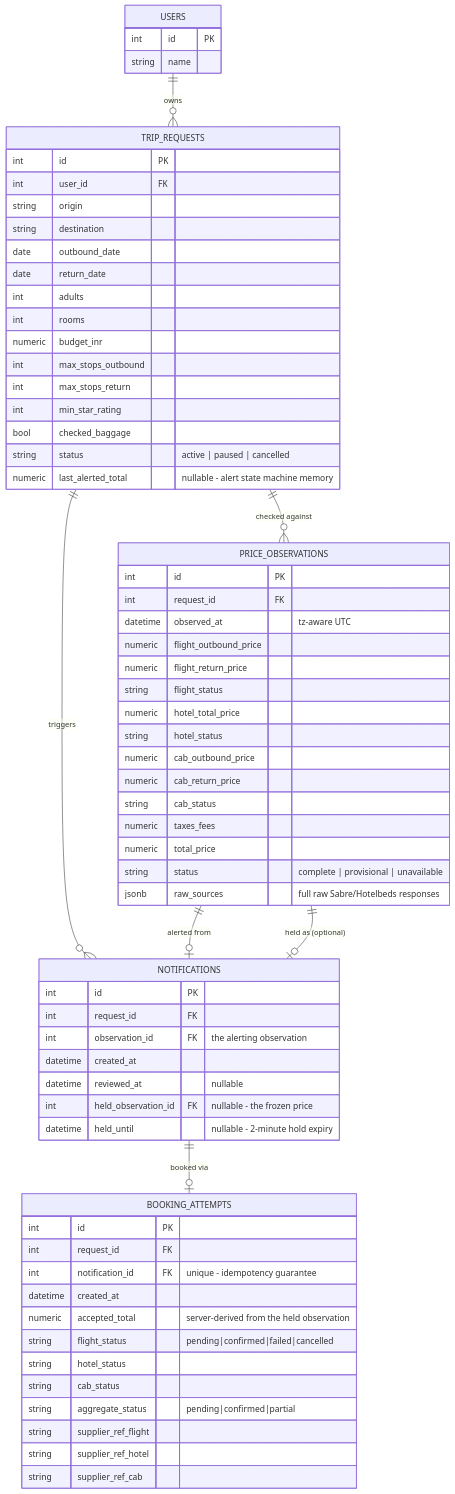
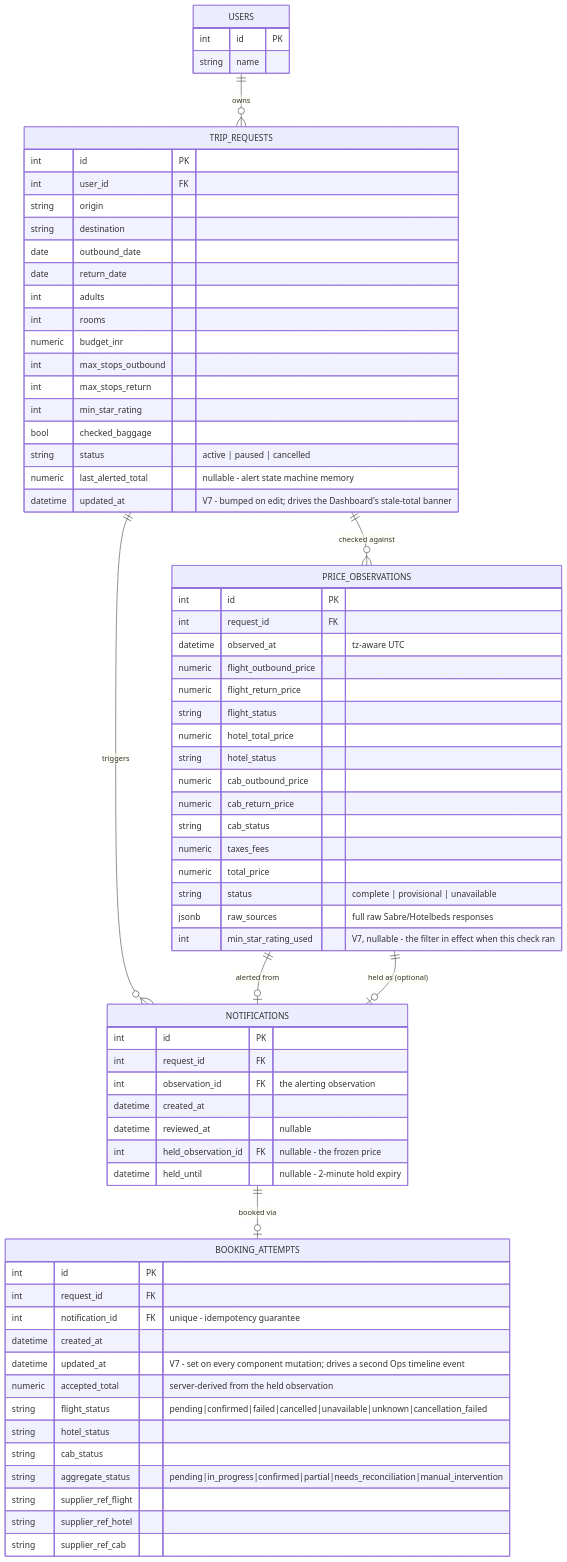
One commit to abhinavsingh-official/tavora-trip-watch changed the second of 3 diagrams in docs/HOW_IT_WORKS.md. Above: the diagram before and after it, drawn with Mermaid. The commit also changed other lines of this file and 36 other files, not shown here.

````diff
--- a/docs/HOW_IT_WORKS.md
+++ b/docs/HOW_IT_WORKS.md
@@ -47,71 +47,74 @@
 ```mermaid
 erDiagram
     USERS ||--o{ TRIP_REQUESTS : owns
     TRIP_REQUESTS ||--o{ PRICE_OBSERVATIONS : "checked against"
     TRIP_REQUESTS ||--o{ NOTIFICATIONS : triggers
     PRICE_OBSERVATIONS ||--o| NOTIFICATIONS : "alerted from"
     PRICE_OBSERVATIONS ||--o| NOTIFICATIONS : "held as (optional)"
     NOTIFICATIONS ||--o| BOOKING_ATTEMPTS : "booked via"
 
     USERS {
         int id PK
         string name
     }
     TRIP_REQUESTS {
         int id PK
         int user_id FK
         string origin
         string destination
         date outbound_date
         date return_date
         int adults
         int rooms
         numeric budget_inr
         int max_stops_outbound
         int max_stops_return
         int min_star_rating
         bool checked_baggage
         string status "active | paused | cancelled"
         numeric last_alerted_total "nullable - alert state machine memory"
+        datetime updated_at "V7 - bumped on edit; drives the Dashboard's stale-total banner"
     }
     PRICE_OBSERVATIONS {
         int id PK
         int request_id FK
         datetime observed_at "tz-aware UTC"
         numeric flight_outbound_price
         numeric flight_return_price
         string flight_status
         numeric hotel_total_price
         string hotel_status
         numeric cab_outbound_price
         numeric cab_return_price
         string cab_status
         numeric taxes_fees
         numeric total_price
         string status "complete | provisional | unavailable"
         jsonb raw_sources "full raw Sabre/Hotelbeds responses"
+        int min_star_rating_used "V7, nullable - the filter in effect when this check ran"
     }
     NOTIFICATIONS {
         int id PK
         int request_id FK
         int observation_id FK "the alerting observation"
         datetime created_at
         datetime reviewed_at "nullable"
         int held_observation_id FK "nullable - the frozen price"
         datetime held_until "nullable - 2-minute hold expiry"
     }
     BOOKING_ATTEMPTS {
         int id PK
         int request_id FK
         int notification_id FK "unique - idempotency guarantee"
         datetime created_at
+        datetime updated_at "V7 - set on every component mutation; drives a second Ops timeline event"
         numeric accepted_total "server-derived from the held observation"
-        string flight_status "pending|confirmed|failed|cancelled"
+        string flight_status "pending|confirmed|failed|cancelled|unavailable|unknown|cancellation_failed"
         string hotel_status
         string cab_status
-        string aggregate_status "pending|confirmed|partial"
+        string aggregate_status "pending|in_progress|confirmed|partial|needs_reconciliation|manual_intervention"
         string supplier_ref_flight
         string supplier_ref_hotel
         string supplier_ref_cab
     }
 ```
````
